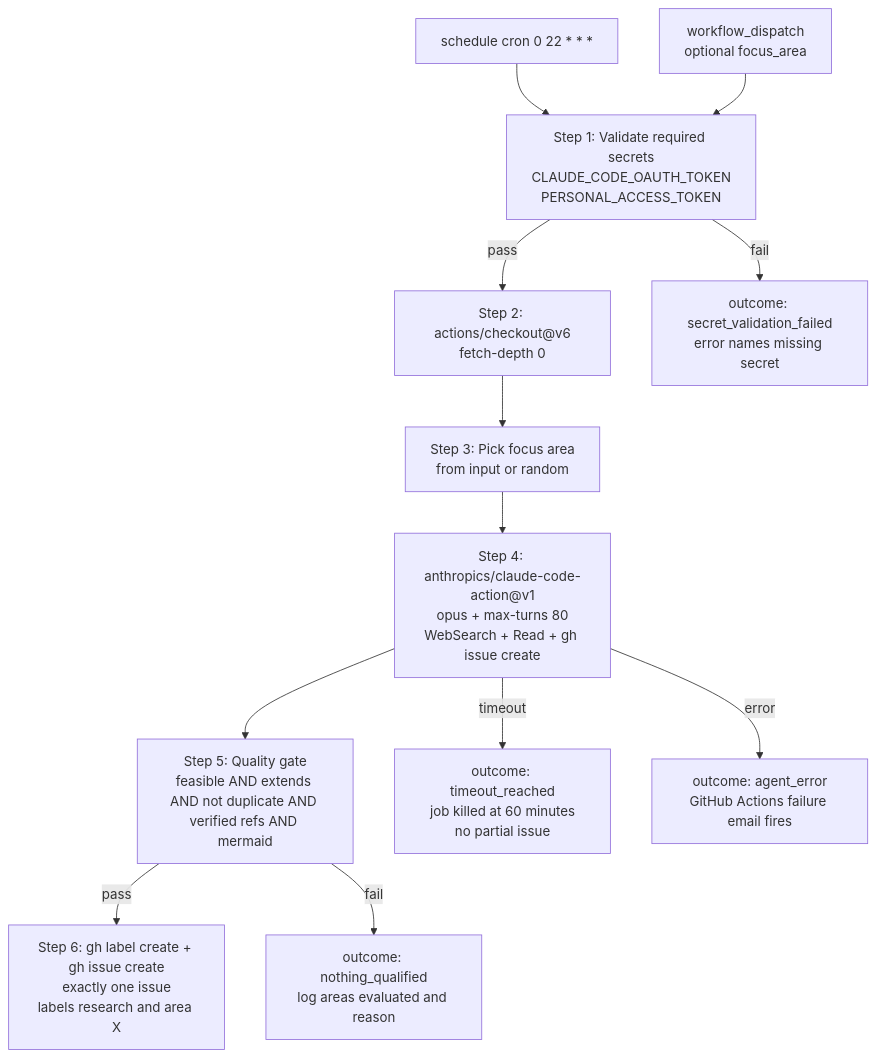
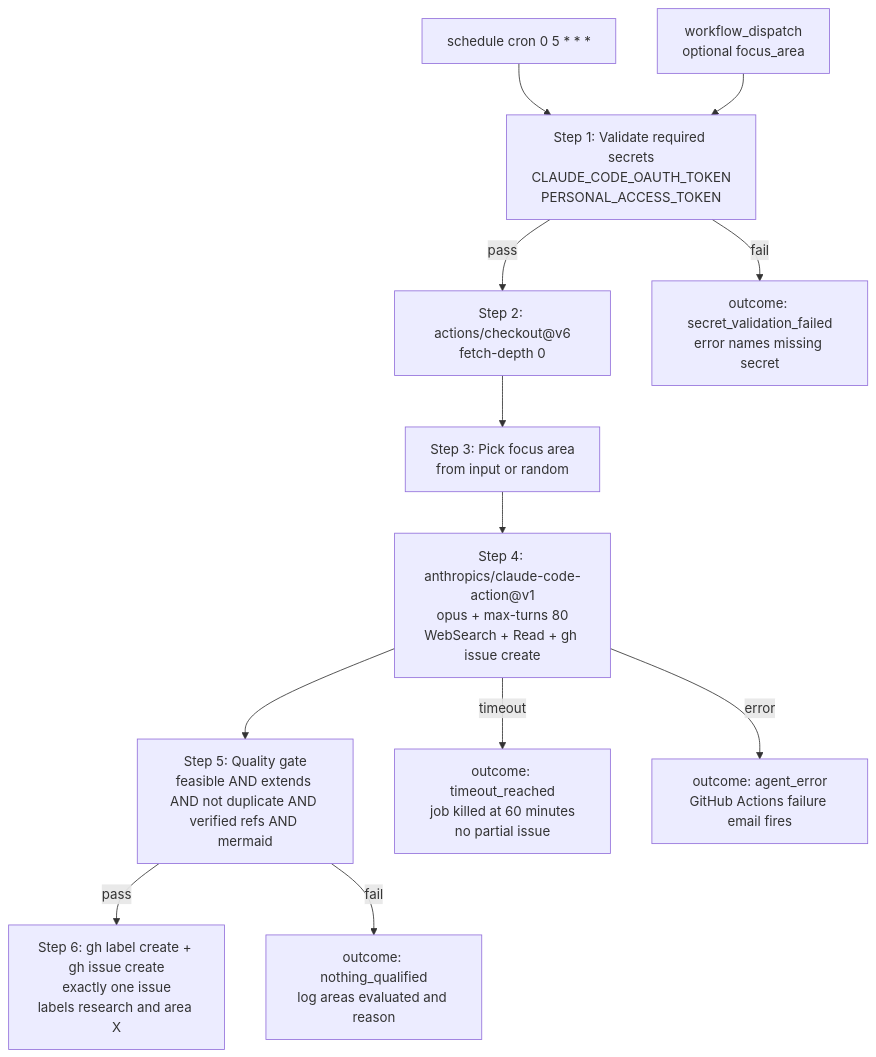
The diagram in specs/20260410-164348-scheduled-research-workflow/quickstart.md (chrisleekr/github-app-playground), drawn with Mermaid before and after one commit. The commit also changed other lines of this file and 5 other files, not shown here.

````diff
--- a/specs/20260410-164348-scheduled-research-workflow/quickstart.md
+++ b/specs/20260410-164348-scheduled-research-workflow/quickstart.md
@@ -13,34 +13,34 @@
 ```mermaid
 graph TD
     classDef trigger fill:#1d76db;color:#ffffff
     classDef gate fill:#dbab09;color:#000000
     classDef work fill:#196f3d;color:#ffffff
     classDef terminal_ok fill:#0e8a16;color:#ffffff
     classDef terminal_skip fill:#5a5a5a;color:#ffffff
     classDef terminal_fail fill:#b60205;color:#ffffff
 
-    trig_cron["schedule cron 0 22 * * *"]:::trigger
+    trig_cron["schedule cron 0 5 * * *"]:::trigger
     trig_disp["workflow_dispatch<br/>optional focus_area"]:::trigger
     valid["Step 1: Validate required secrets<br/>CLAUDE_CODE_OAUTH_TOKEN<br/>PERSONAL_ACCESS_TOKEN"]:::gate
     chk["Step 2: actions/checkout@v6<br/>fetch-depth 0"]:::work
     pick["Step 3: Pick focus area<br/>from input or random"]:::work
     agent["Step 4: anthropics/claude-code-action@v1<br/>opus + max-turns 80<br/>WebSearch + Read + gh issue create"]:::work
     gate2["Step 5: Quality gate<br/>feasible AND extends AND not duplicate AND verified refs AND mermaid"]:::gate
     issue["Step 6: gh label create + gh issue create<br/>exactly one issue<br/>labels research and area X"]:::terminal_ok
     skip["outcome: nothing_qualified<br/>log areas evaluated and reason"]:::terminal_skip
     fail_secret["outcome: secret_validation_failed<br/>error names missing secret"]:::terminal_fail
     fail_timeout["outcome: timeout_reached<br/>job killed at 60 minutes<br/>no partial issue"]:::terminal_fail
     fail_agent["outcome: agent_error<br/>GitHub Actions failure email fires"]:::terminal_fail
 
     trig_cron --> valid
     trig_disp --> valid
     valid -->|pass| chk
     valid -->|fail| fail_secret
     chk --> pick
     pick --> agent
     agent -->|timeout| fail_timeout
     agent -->|error| fail_agent
     agent --> gate2
     gate2 -->|pass| issue
     gate2 -->|fail| skip
 ```
````
